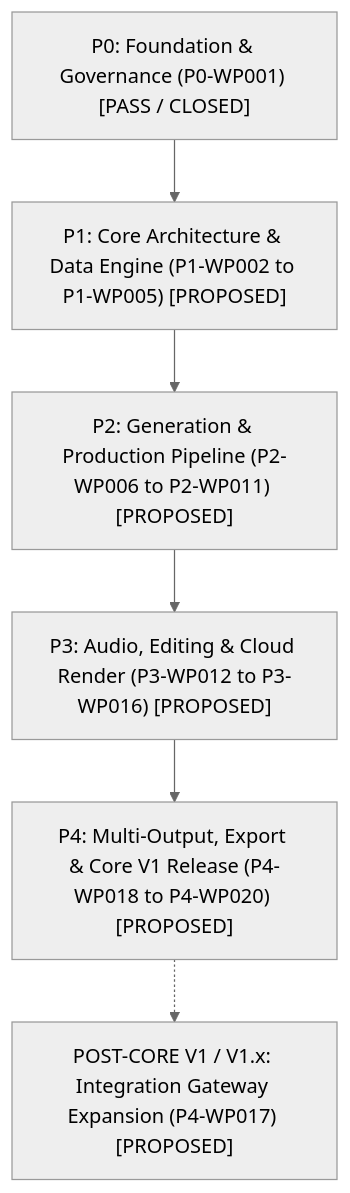
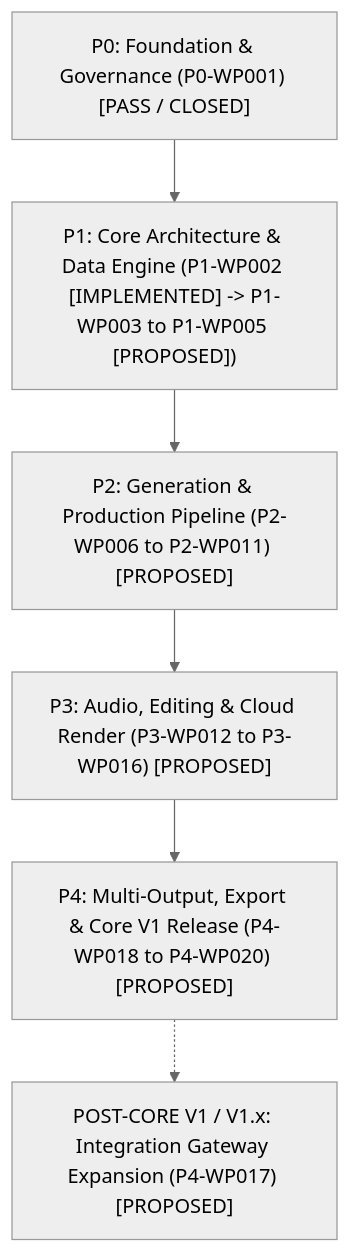
Before and after one commit to rebootob/Orbis-Video-Studio-AI: the diagram in project-docs/40_DELIVERY/WORK_PACKAGES.md, drawn with Mermaid (neutral theme). The commit also changed other lines of this file and 42 other files, not shown here.

````diff
--- a/project-docs/40_DELIVERY/WORK_PACKAGES.md
+++ b/project-docs/40_DELIVERY/WORK_PACKAGES.md
@@ -20,8 +20,8 @@
 ```mermaid
 graph TD
-    P0["P0: Foundation & Governance (P0-WP001) [PASS / CLOSED]"] --> P1["P1: Core Architecture & Data Engine (P1-WP002 to P1-WP005) [PROPOSED]"]
+    P0["P0: Foundation & Governance (P0-WP001) [PASS / CLOSED]"] --> P1["P1: Core Architecture & Data Engine (P1-WP002 [IMPLEMENTED] -> P1-WP003 to P1-WP005 [PROPOSED])"]
     P1 --> P2["P2: Generation & Production Pipeline (P2-WP006 to P2-WP011) [PROPOSED]"]
     P2 --> P3["P3: Audio, Editing & Cloud Render (P3-WP012 to P3-WP016) [PROPOSED]"]
     P3 --> P4["P4: Multi-Output, Export & Core V1 Release (P4-WP018 to P4-WP020) [PROPOSED]"]
     P4 -.-> P1x["POST-CORE V1 / V1.x: Integration Gateway Expansion (P4-WP017) [PROPOSED]"]
 ```
````
